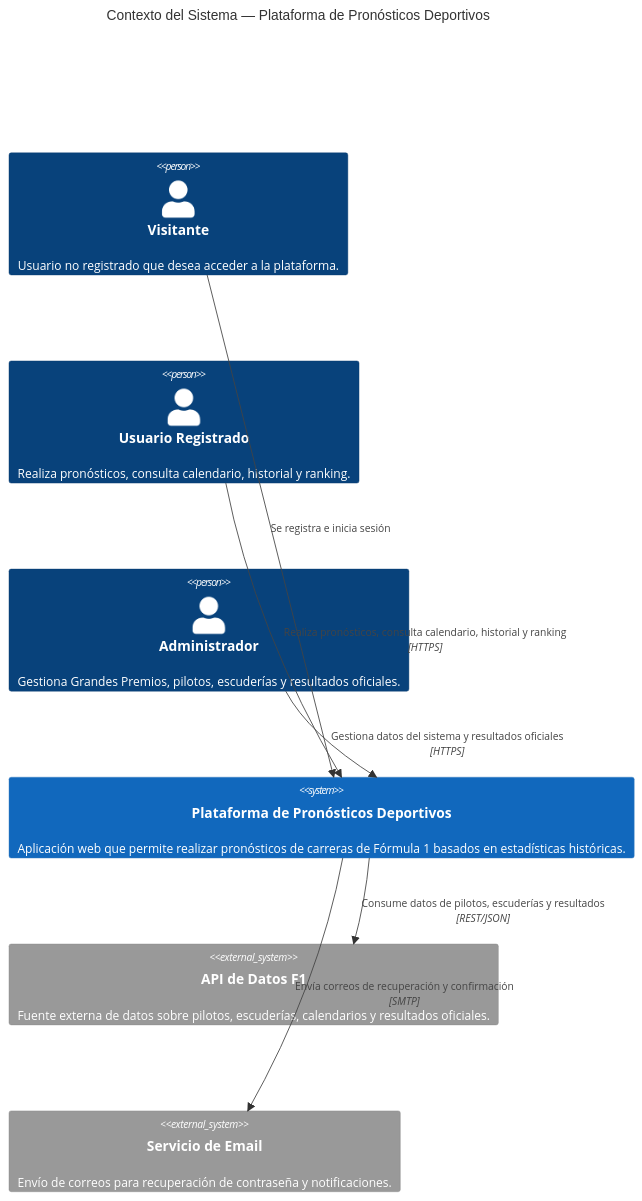
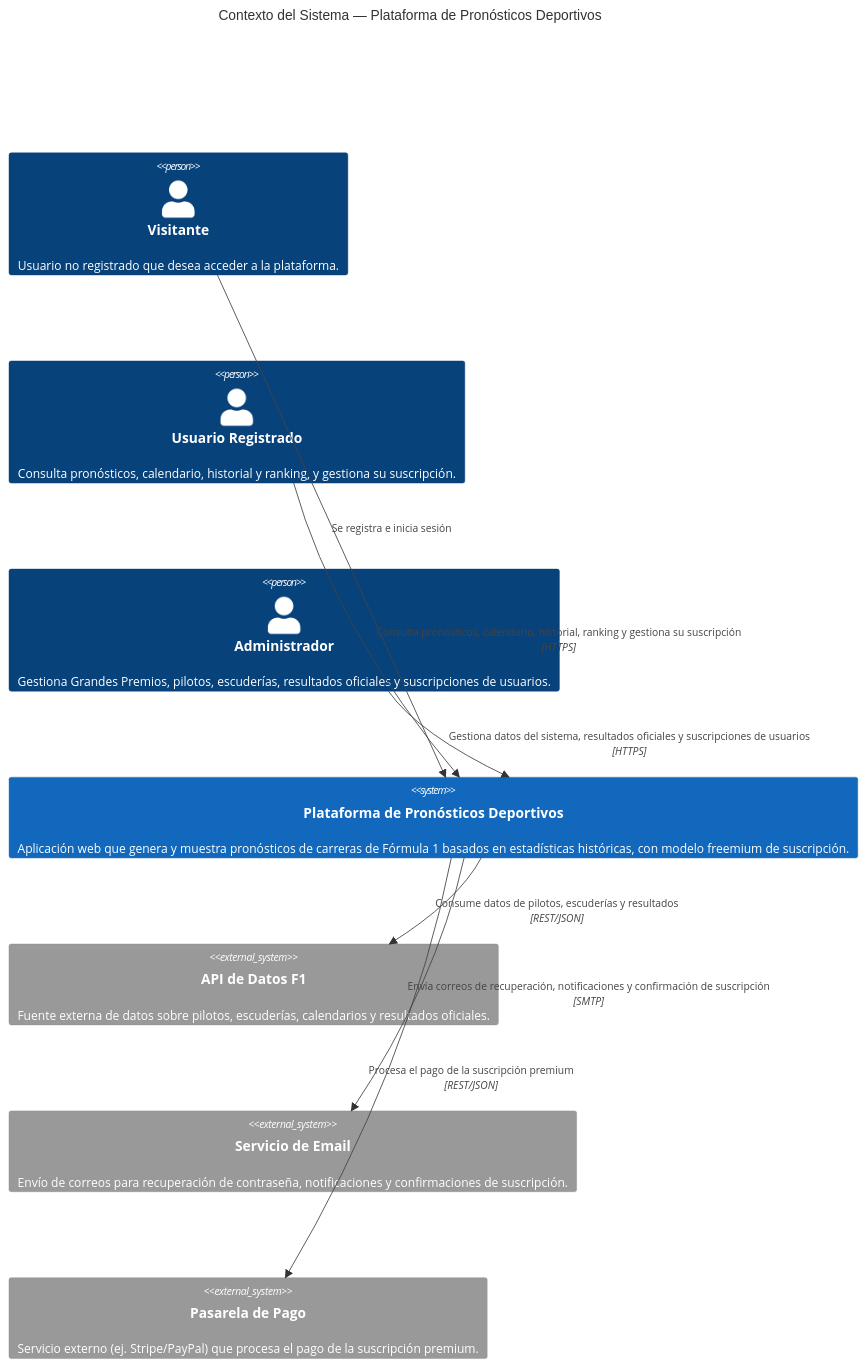
One commit to Xmarcelo05/PROYECTO-F1 changed the first of 3 diagrams in README.md. Above: the diagram before and after it, drawn with Mermaid. The commit also changed other lines of this file, not shown here.

First line of the commit message:
Actualización del contexto del sistema y las descripciones de los contenedores.

````diff
--- a/README.md
+++ b/README.md
@@ -8,19 +8,17 @@
 ```mermaid
 C4Context
     title Contexto del Sistema — Plataforma de Pronósticos Deportivos
-
     Person(visitante, "Visitante", "Usuario no registrado que desea acceder a la plataforma.")
-    Person(usuario, "Usuario Registrado", "Realiza pronósticos, consulta calendario, historial y ranking.")
-    Person(admin, "Administrador", "Gestiona Grandes Premios, pilotos, escuderías y resultados oficiales.")
-
-    System(plataforma, "Plataforma de Pronósticos Deportivos", "Aplicación web que permite realizar pronósticos de carreras de Fórmula 1 basados en estadísticas históricas.")
-
+    Person(usuario, "Usuario Registrado", "Consulta pronósticos, calendario, historial y ranking, y gestiona su suscripción.")
+    Person(admin, "Administrador", "Gestiona Grandes Premios, pilotos, escuderías, resultados oficiales y suscripciones de usuarios.")
+    System(plataforma, "Plataforma de Pronósticos Deportivos", "Aplicación web que genera y muestra pronósticos de carreras de Fórmula 1 basados en estadísticas históricas, con modelo freemium de suscripción.")
     System_Ext(f1api, "API de Datos F1", "Fuente externa de datos sobre pilotos, escuderías, calendarios y resultados oficiales.")
-    System_Ext(email, "Servicio de Email", "Envío de correos para recuperación de contraseña y notificaciones.")
-
+    System_Ext(email, "Servicio de Email", "Envío de correos para recuperación de contraseña, notificaciones y confirmaciones de suscripción.")
+    System_Ext(pasarela, "Pasarela de Pago", "Servicio externo (ej. Stripe/PayPal) que procesa el pago de la suscripción premium.")
     Rel(visitante, plataforma, "Se registra e inicia sesión")
-    Rel(usuario, plataforma, "Realiza pronósticos, consulta calendario, historial y ranking", "HTTPS")
-    Rel(admin, plataforma, "Gestiona datos del sistema y resultados oficiales", "HTTPS")
+    Rel(usuario, plataforma, "Consulta pronósticos, calendario, historial, ranking y gestiona su suscripción", "HTTPS")
+    Rel(admin, plataforma, "Gestiona datos del sistema, resultados oficiales y suscripciones de usuarios", "HTTPS")
     Rel(plataforma, f1api, "Consume datos de pilotos, escuderías y resultados", "REST/JSON")
-    Rel(plataforma, email, "Envía correos de recuperación y confirmación", "SMTP")
+    Rel(plataforma, email, "Envía correos de recuperación, notificaciones y confirmación de suscripción", "SMTP")
+    Rel(plataforma, pasarela, "Procesa el pago de la suscripción premium", "REST/JSON")
 ```
````
